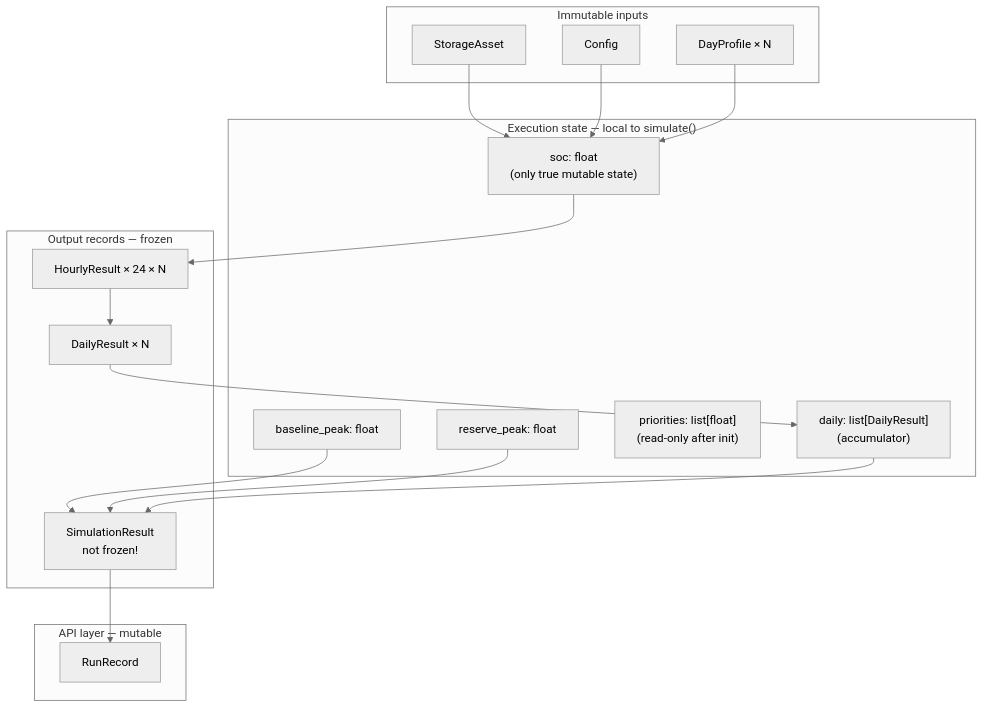
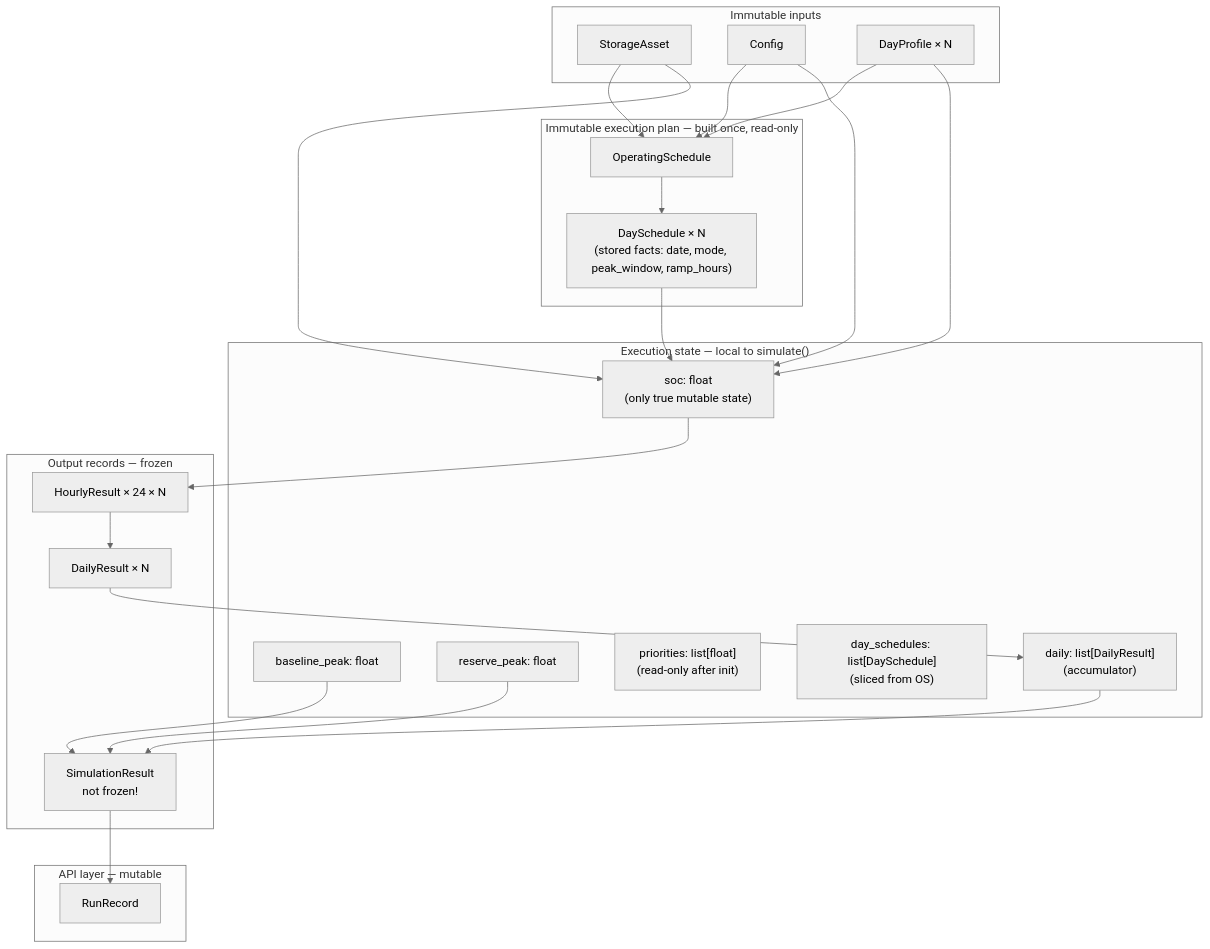
The diagram in docs/STATE_MODEL.md (palism1/offshore-wind-poc), drawn with Mermaid (neutral theme) before and after one commit. The commit also changed other lines of this file and 35 other files, not shown here.

````diff
--- a/docs/STATE_MODEL.md
+++ b/docs/STATE_MODEL.md
@@ -114,33 +152,42 @@
 ```mermaid
 graph TD
     subgraph "Immutable inputs"
         SA[StorageAsset]
         CFG[Config]
         DP[DayProfile × N]
     end
 
+    subgraph "Immutable execution plan — built once, read-only"
+        OS[OperatingSchedule]
+        DS["DaySchedule × N\n(stored facts: date, mode, peak_window, ramp_hours)"]
+    end
+
     subgraph "Execution state — local to simulate()"
         SOC["soc: float\n(only true mutable state)"]
         BP["baseline_peak: float"]
         RP["reserve_peak: float"]
         PRI["priorities: list[float]\n(read-only after init)"]
+        DSL["day_schedules: list[DaySchedule]\n(sliced from OS)"]
         ACC["daily: list[DailyResult]\n(accumulator)"]
     end
 
     subgraph "Output records — frozen"
         HR[HourlyResult × 24 × N]
         DR[DailyResult × N]
         SR[SimulationResult\nnot frozen!]
     end
 
     subgraph "API layer — mutable"
         RR[RunRecord]
     end
 
+    SA & CFG & DP --> OS
+    OS --> DS
     SA & CFG & DP --> SOC
+    DS --> SOC
     SOC --> HR
     HR --> DR
     DR --> ACC
     BP & RP & ACC --> SR
     SR --> RR
 ```
````
